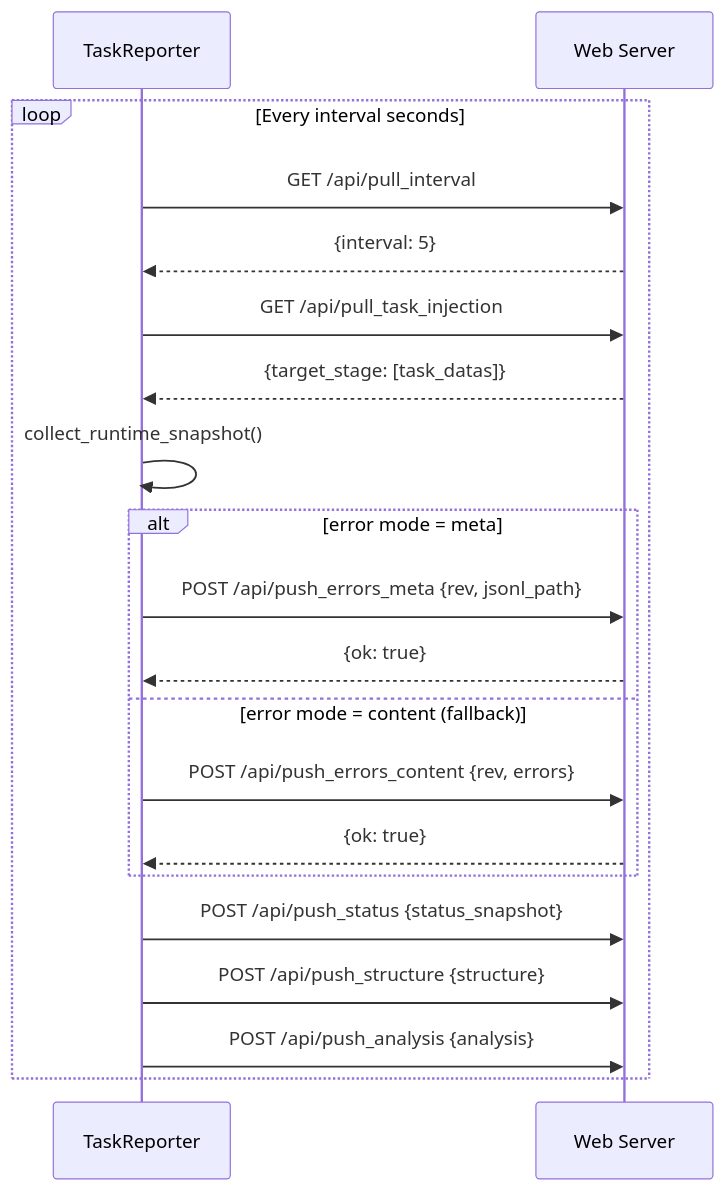
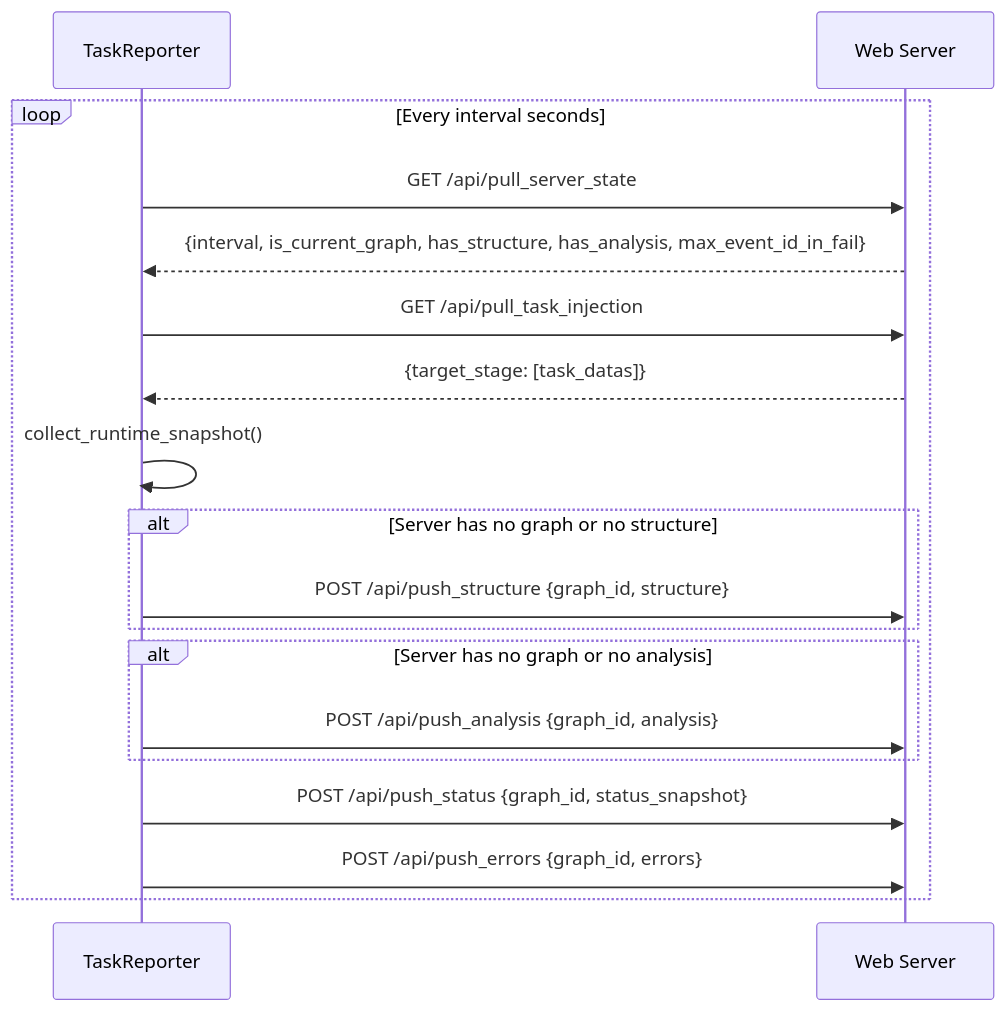
The diagram in docs/en/src/observability/core_report.md (Mr-xiaotian/CelestialFlow), drawn with Mermaid before and after one commit. The commit also changed other lines of this file and 168 other files, not shown here.

````diff
--- a/docs/en/src/observability/core_report.md
+++ b/docs/en/src/observability/core_report.md
@@ -60,27 +61,25 @@
 ```mermaid
 sequenceDiagram
     participant R as TaskReporter
     participant S as Web Server
 
     loop Every interval seconds
-        R->>S: GET /api/pull_interval
-        S-->>R: {interval: 5}
+        R->>S: GET /api/pull_server_state
+        S-->>R: {interval, is_current_graph, has_structure, has_analysis, max_event_id_in_fail}
 
         R->>S: GET /api/pull_task_injection
         S-->>R: {target_stage: [task_datas]}
 
         R->>R: collect_runtime_snapshot()
 
-        alt error mode = meta
-            R->>S: POST /api/push_errors_meta {rev, jsonl_path}
-            S-->>R: {ok: true}
-        else error mode = content (fallback)
-            R->>S: POST /api/push_errors_content {rev, errors}
-            S-->>R: {ok: true}
+        alt Server has no graph or no structure
+            R->>S: POST /api/push_structure {graph_id, structure}
+        end
+        alt Server has no graph or no analysis
+            R->>S: POST /api/push_analysis {graph_id, analysis}
         end
 
-        R->>S: POST /api/push_status {status_snapshot}
-        R->>S: POST /api/push_structure {structure}
-        R->>S: POST /api/push_analysis {analysis}
+        R->>S: POST /api/push_status {graph_id, status_snapshot}
+        R->>S: POST /api/push_errors {graph_id, errors}
     end
 ```
````
